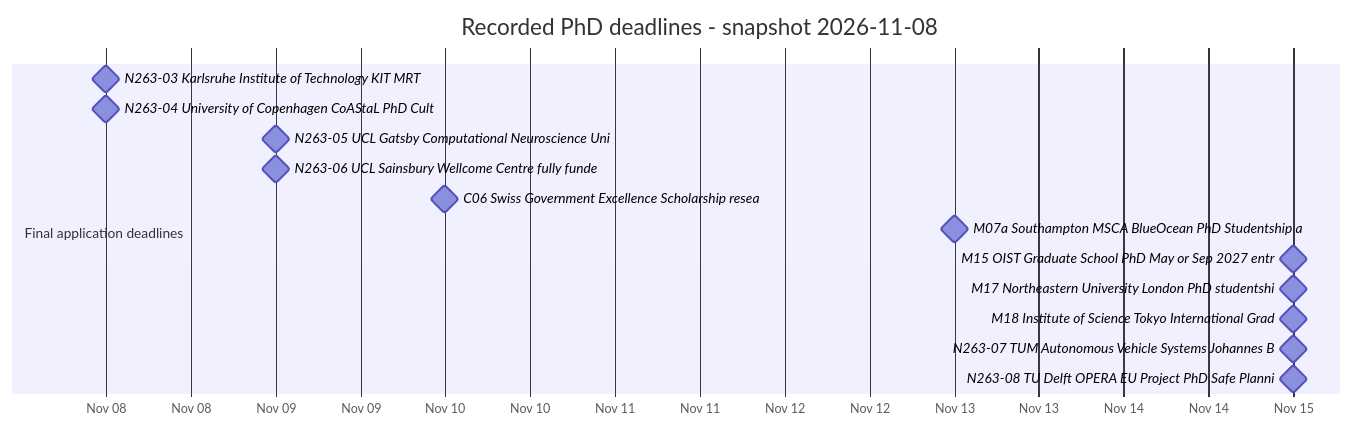
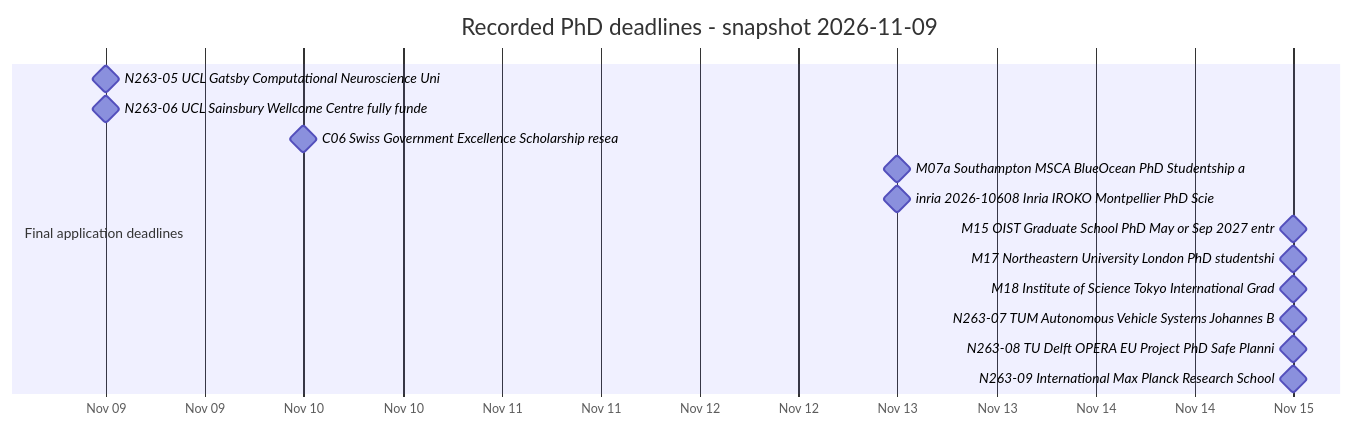
One commit to Armanasq/phd_tracker changed the third of 10 diagrams in README.md. Above: the diagram before and after it, drawn with Mermaid. The commit also changed other lines of this file and 41 other files, not shown here.

````diff
--- a/README.md
+++ b/README.md
@@ -79,18 +79,18 @@
 ```mermaid
 gantt
-    title Recorded PhD deadlines - snapshot 2026-11-08
+    title Recorded PhD deadlines - snapshot 2026-11-09
     dateFormat YYYY-MM-DD
     axisFormat %b %d
     section Final application deadlines
-    N263-03 Karlsruhe Institute of Technology KIT MRT :milestone, d0, 2026-11-08, 0d
-    N263-04 University of Copenhagen CoAStaL PhD Cult :milestone, d1, 2026-11-08, 0d
-    N263-05 UCL Gatsby Computational Neuroscience Uni :milestone, d2, 2026-11-09, 0d
-    N263-06 UCL Sainsbury Wellcome Centre fully funde :milestone, d3, 2026-11-09, 0d
-    C06 Swiss Government Excellence Scholarship resea :milestone, d4, 2026-11-10, 0d
-    M07a Southampton MSCA BlueOcean PhD Studentship a :milestone, d5, 2026-11-13, 0d
-    M15 OIST Graduate School PhD May or Sep 2027 entr :milestone, d6, 2026-11-15, 0d
-    M17 Northeastern University London PhD studentshi :milestone, d7, 2026-11-15, 0d
-    M18 Institute of Science Tokyo International Grad :milestone, d8, 2026-11-15, 0d
-    N263-07 TUM Autonomous Vehicle Systems Johannes B :milestone, d9, 2026-11-15, 0d
-    N263-08 TU Delft OPERA EU Project PhD Safe Planni :milestone, d10, 2026-11-15, 0d
+    N263-05 UCL Gatsby Computational Neuroscience Uni :milestone, d0, 2026-11-09, 0d
+    N263-06 UCL Sainsbury Wellcome Centre fully funde :milestone, d1, 2026-11-09, 0d
+    C06 Swiss Government Excellence Scholarship resea :milestone, d2, 2026-11-10, 0d
+    M07a Southampton MSCA BlueOcean PhD Studentship a :milestone, d3, 2026-11-13, 0d
+    inria 2026-10608 Inria IROKO Montpellier PhD Scie :milestone, d4, 2026-11-13, 0d
+    M15 OIST Graduate School PhD May or Sep 2027 entr :milestone, d5, 2026-11-15, 0d
+    M17 Northeastern University London PhD studentshi :milestone, d6, 2026-11-15, 0d
+    M18 Institute of Science Tokyo International Grad :milestone, d7, 2026-11-15, 0d
+    N263-07 TUM Autonomous Vehicle Systems Johannes B :milestone, d8, 2026-11-15, 0d
+    N263-08 TU Delft OPERA EU Project PhD Safe Planni :milestone, d9, 2026-11-15, 0d
+    N263-09 International Max Planck Research School  :milestone, d10, 2026-11-15, 0d
 ```
````
